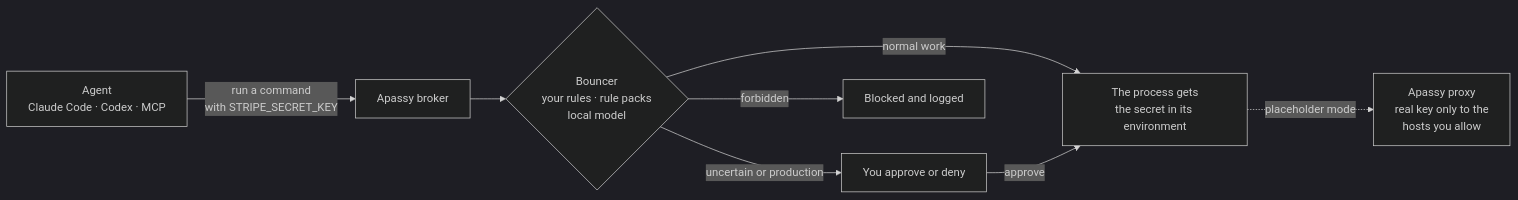
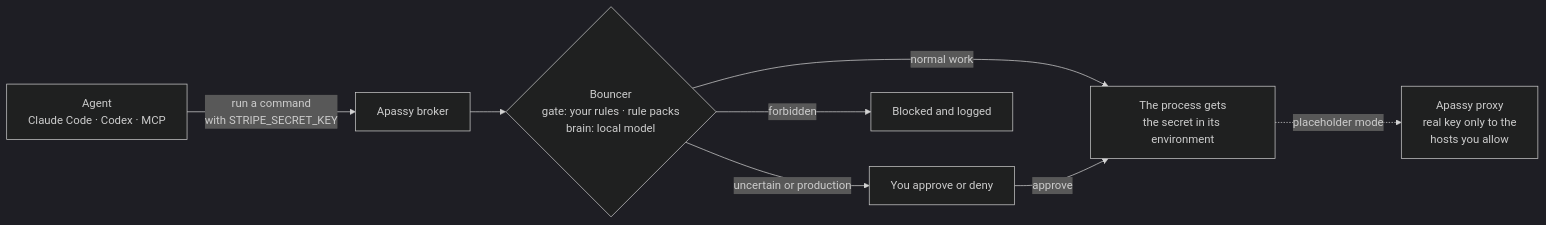
Before and after one commit to wydrox/apassy: the diagram in README.md, drawn with Mermaid (dark theme). The commit also changed other lines of this file and 6 other files, not shown here.

First line of the commit message:
Name the bouncer brain and the bouncer gate in the docs

````diff
--- a/README.md
+++ b/README.md
@@ -39,10 +39,10 @@
 ```mermaid
 flowchart LR
     A["Agent<br/>Claude Code · Codex · MCP"] -->|"run a command<br/>with STRIPE_SECRET_KEY"| B["Apassy broker"]
-    B --> C{"Bouncer<br/>your rules · rule packs<br/>local model"}
+    B --> C{"Bouncer<br/>gate: your rules · rule packs<br/>brain: local model"}
     C -->|"normal work"| D["The process gets<br/>the secret in its environment"]
     C -->|"uncertain or production"| E["You approve or deny"]
     C -->|"forbidden"| F["Blocked and logged"]
     E -->|"approve"| D
     D -.->|"placeholder mode"| G["Apassy proxy<br/>real key only to the<br/>hosts you allow"]
 ```
````
